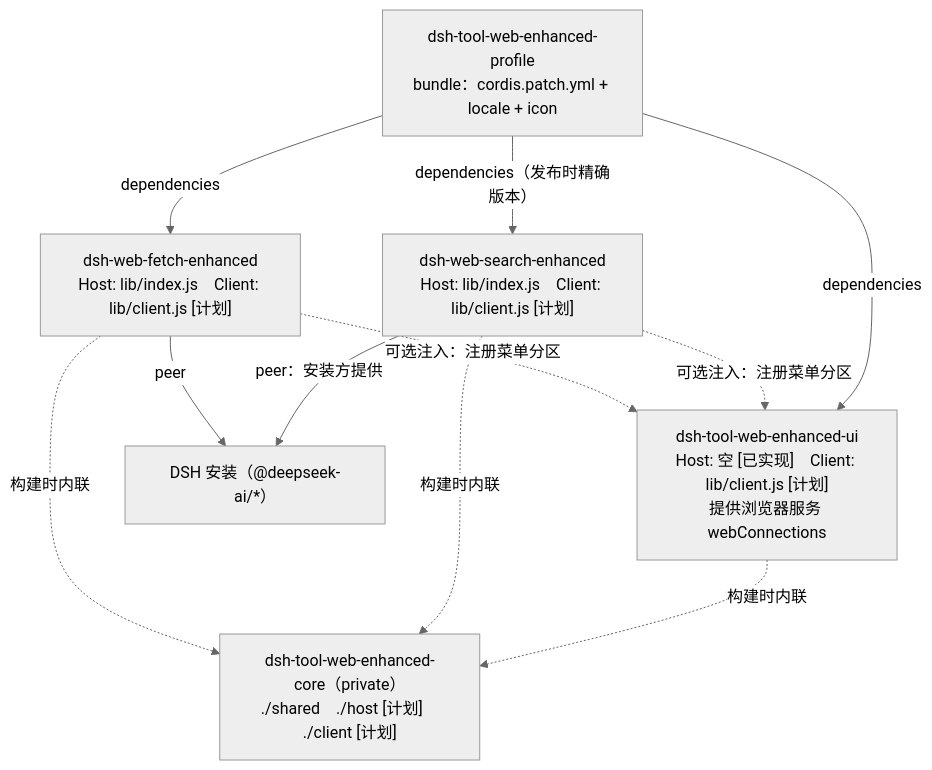
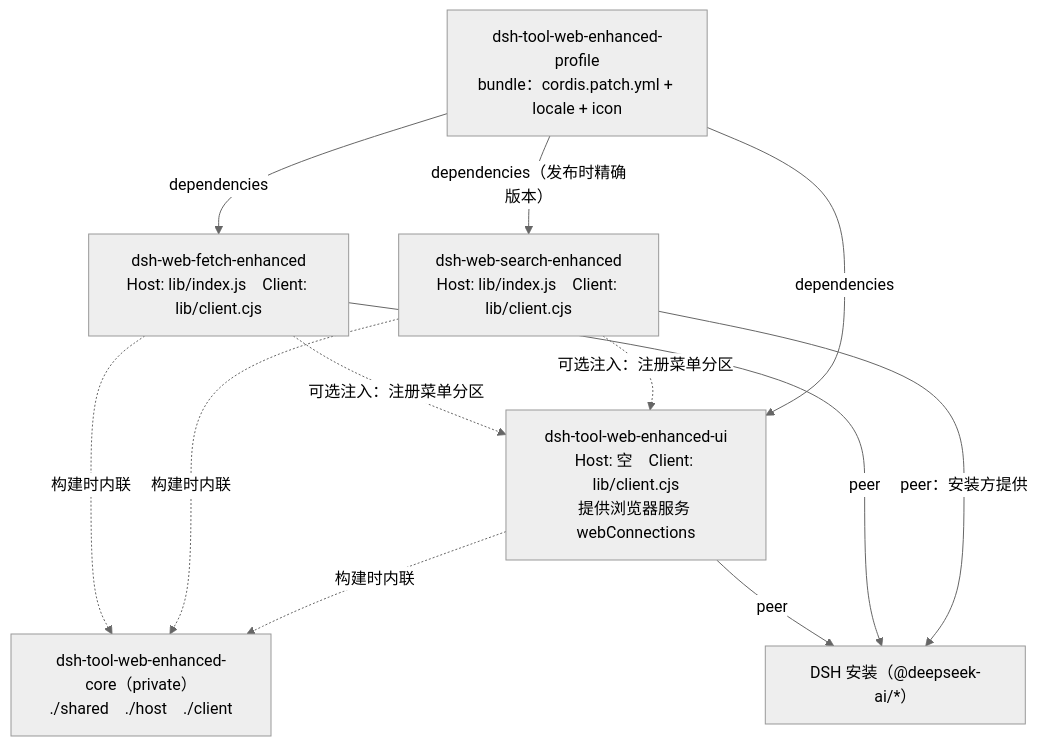
The second of 3 diagrams in docs/architecture.md (Yurzi/dsh-tool-web-enhanced), drawn with Mermaid (neutral theme) before and after one commit. The commit also changed other lines of this file and 271 other files, not shown here.

```diff
--- a/docs/architecture.md
+++ b/docs/architecture.md
@@ -83,19 +83,20 @@
 ~~~mermaid
 flowchart TD
   profile["dsh-tool-web-enhanced-profile<br/>bundle：cordis.patch.yml + locale + icon"]
-  search["dsh-web-search-enhanced<br/>Host: lib/index.js　Client: lib/client.js [计划]"]
-  fetch["dsh-web-fetch-enhanced<br/>Host: lib/index.js　Client: lib/client.js [计划]"]
-  ui["dsh-tool-web-enhanced-ui<br/>Host: 空 [已实现]　Client: lib/client.js [计划]<br/>提供浏览器服务 webConnections"]
-  core["dsh-tool-web-enhanced-core（private）<br/>./shared　./host [计划]　./client [计划]"]
+  search["dsh-web-search-enhanced<br/>Host: lib/index.js　Client: lib/client.cjs"]
+  fetch["dsh-web-fetch-enhanced<br/>Host: lib/index.js　Client: lib/client.cjs"]
+  ui["dsh-tool-web-enhanced-ui<br/>Host: 空　Client: lib/client.cjs<br/>提供浏览器服务 webConnections"]
+  core["dsh-tool-web-enhanced-core（private）<br/>./shared　./host　./client"]
   dsh["DSH 安装（@deepseek-ai/*）"]
   profile -- "dependencies（发布时精确版本）" --> search
   profile -- dependencies --> fetch
   profile -- dependencies --> ui
   search -. "可选注入：注册菜单分区" .-> ui
   fetch -. "可选注入：注册菜单分区" .-> ui
   ui -. "构建时内联" .-> core
   search -. "构建时内联" .-> core
   fetch -. "构建时内联" .-> core
   search -- "peer：安装方提供" --> dsh
   fetch -- peer --> dsh
+  ui -- peer --> dsh
 ~~~
```
